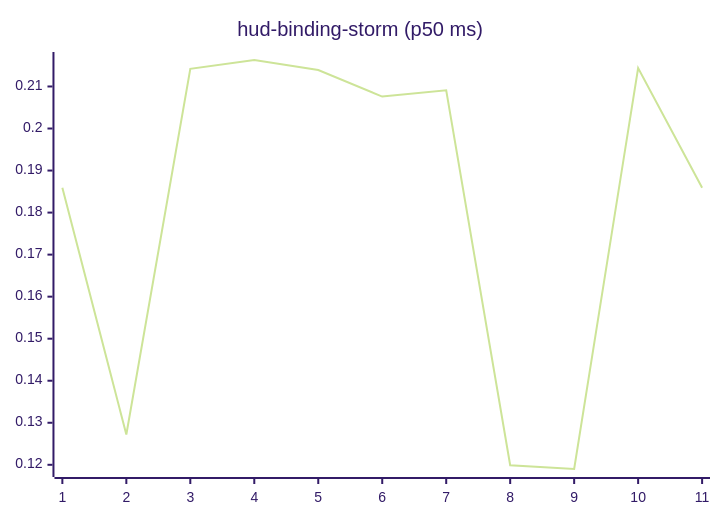
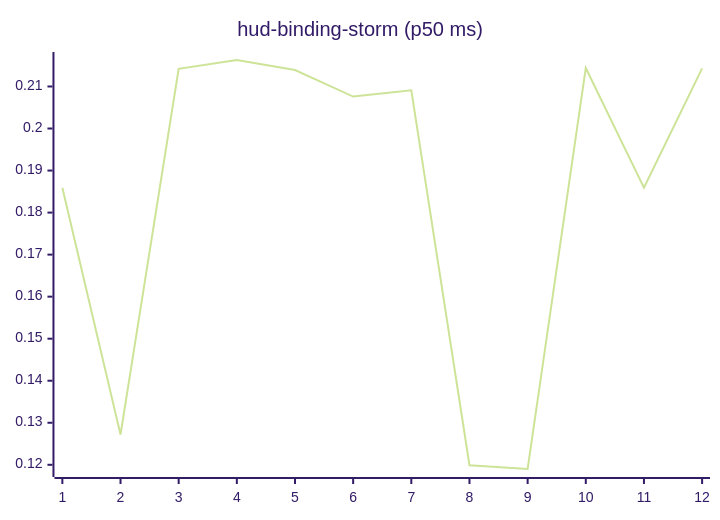
The tenth of 27 diagrams in README.md (josha/Facet), drawn with Mermaid (forest theme) before and after one commit. The commit also changed other lines of this file and 2 other files, not shown here.

````diff
--- a/README.md
+++ b/README.md
@@ -126,6 +126,6 @@
 ```mermaid
 xychart-beta
     title "hud-binding-storm (p50 ms)"
-    x-axis 1 --> 11
-    line [0.1859, 0.1272, 0.2142, 0.2163, 0.2139, 0.2076, 0.2091, 0.1199, 0.1190, 0.2144, 0.1859]
+    x-axis 1 --> 12
+    line [0.1859, 0.1272, 0.2142, 0.2163, 0.2139, 0.2076, 0.2091, 0.1199, 0.1190, 0.2144, 0.1859, 0.2143]
 ```
````
